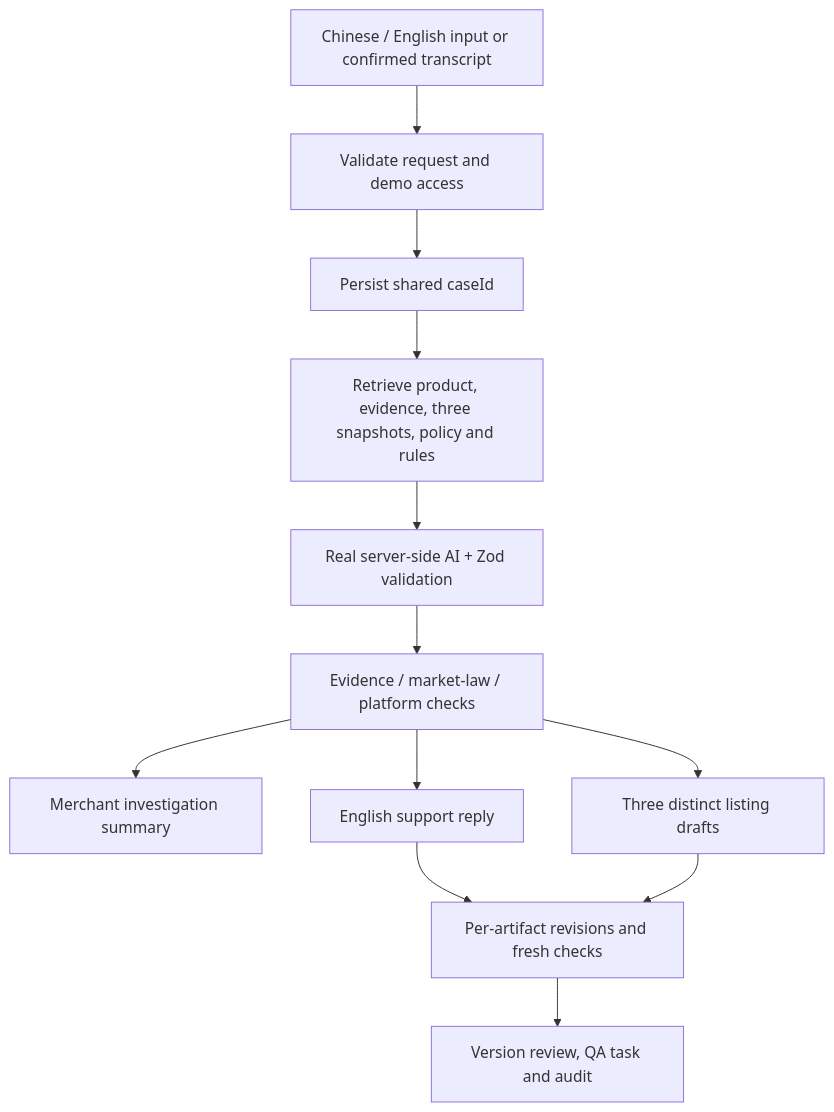
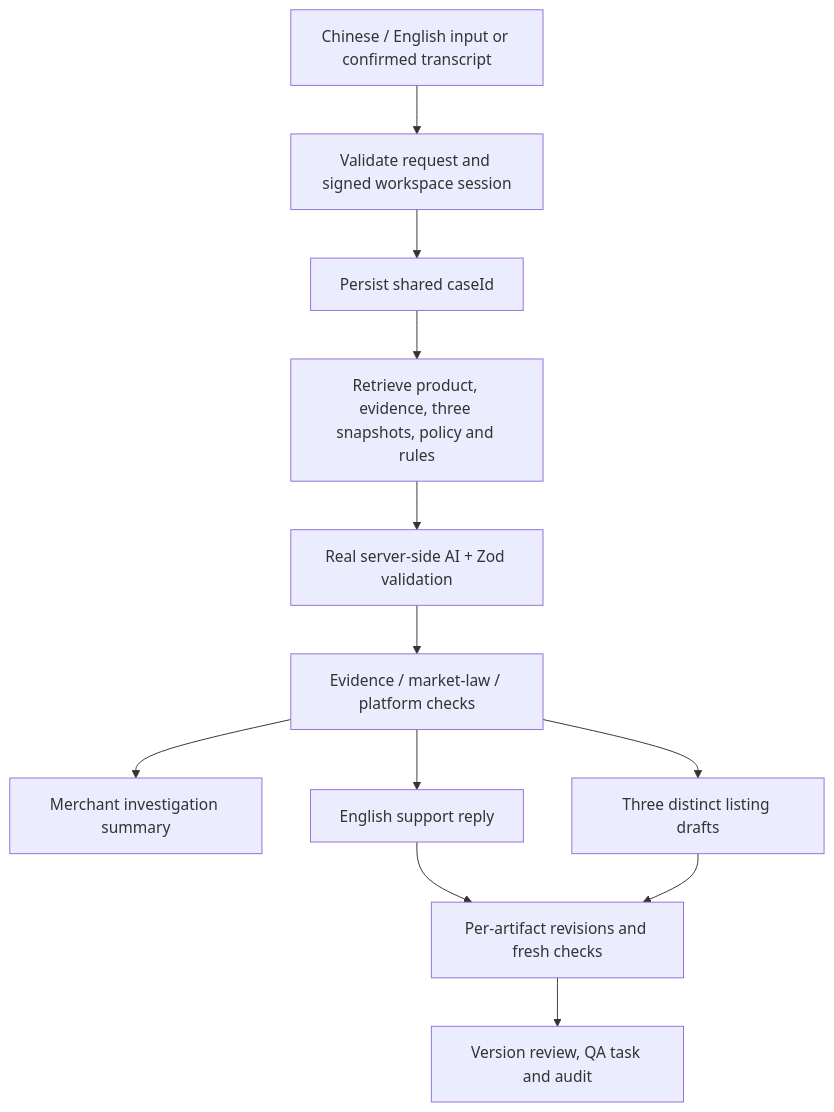
The diagram in docs/ARCHITECTURE.md (bugfixer2627/ReLoop), drawn with Mermaid before and after one commit. The commit also changed other lines of this file and 35 other files, not shown here.

````diff
--- a/docs/ARCHITECTURE.md
+++ b/docs/ARCHITECTURE.md
@@ -9,14 +9,14 @@
 ```mermaid
 flowchart TD
-    A[Chinese / English input or confirmed transcript] --> B[Validate request and demo access]
+    A[Chinese / English input or confirmed transcript] --> B[Validate request and signed workspace session]
     B --> C[Persist shared caseId]
     C --> D[Retrieve product, evidence, three snapshots, policy and rules]
     D --> E[Real server-side AI + Zod validation]
     E --> F[Evidence / market-law / platform checks]
     F --> G[Merchant investigation summary]
     F --> H[English support reply]
     F --> I[Three distinct listing drafts]
     H --> J[Per-artifact revisions and fresh checks]
     I --> J
     J --> K[Version review, QA task and audit]
 ```
````
